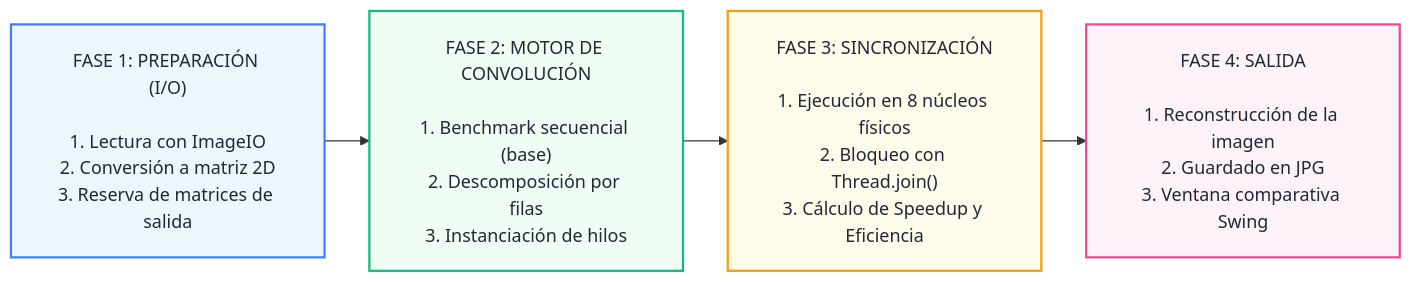
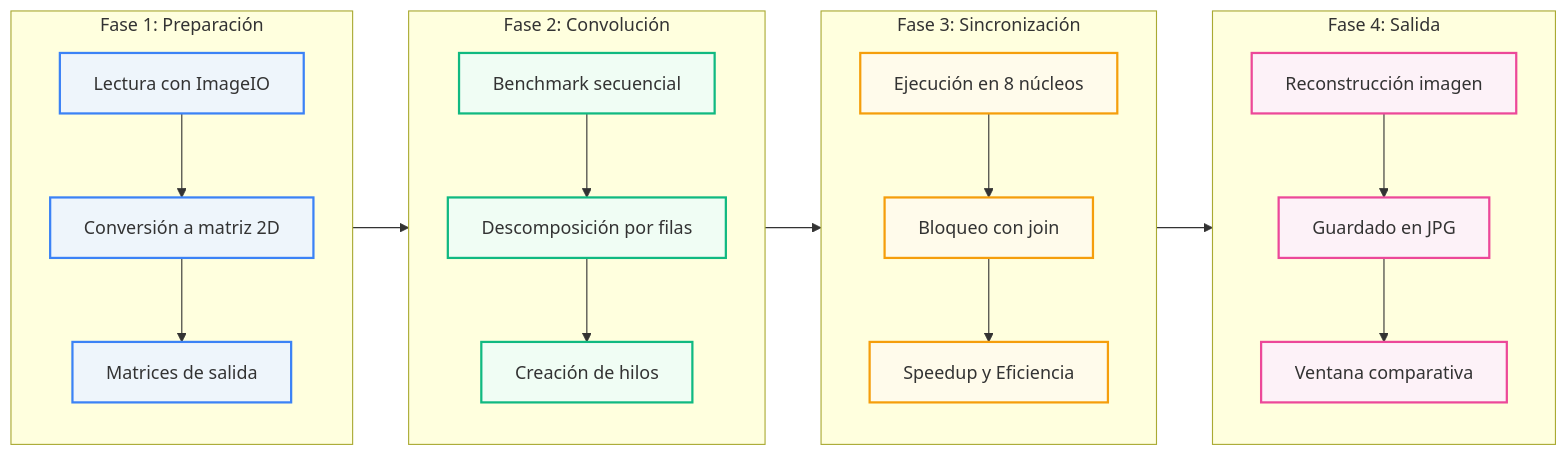
Before and after one commit to elsebasdev1/image_convolution_parallel_processing: the diagram in README.md, drawn with Mermaid.

````diff
--- a/README.md
+++ b/README.md
@@ -23,15 +23,49 @@
 ```mermaid
-%%{init: {"flowchart": {"htmlLabels": false, "padding": 20, "nodeSpacing": 40, "rankSpacing": 40}}}%%
 graph LR
-    A1["FASE 1: PREPARACIÓN (I/O)<br/><br/>1. Lectura con ImageIO<br/>2. Conversión a matriz 2D<br/>3. Reserva de matrices de salida"]
-    B1["FASE 2: MOTOR DE CONVOLUCIÓN<br/><br/>1. Benchmark secuencial (base)<br/>2. Descomposición por filas<br/>3. Instanciación de hilos"]
-    C1["FASE 3: SINCRONIZACIÓN<br/><br/>1. Ejecución en 8 núcleos físicos<br/>2. Bloqueo con Thread.join()<br/>3. Cálculo de Speedup y Eficiencia"]
-    D1["FASE 4: SALIDA<br/><br/>1. Reconstrucción de la imagen<br/>2. Guardado en JPG<br/>3. Ventana comparativa Swing"]
+    subgraph F1["Fase 1: Preparación"]
+        direction TB
+        A1["Lectura con ImageIO"]
+        A2["Conversión a matriz 2D"]
+        A3["Matrices de salida"]
+        A1 --> A2 --> A3
+    end
 
-    A1 --> B1 --> C1 --> D1
+    subgraph F2["Fase 2: Convolución"]
+        direction TB
+        B1["Benchmark secuencial"]
+        B2["Descomposición por filas"]
+        B3["Creación de hilos"]
+        B1 --> B2 --> B3
+    end
 
-    style A1 fill:#eef5fb,stroke:#3b82f6,stroke-width:2px,color:#1f2937
-    style B1 fill:#f0fdf4,stroke:#10b981,stroke-width:2px,color:#1f2937
-    style C1 fill:#fffbeb,stroke:#f59e0b,stroke-width:2px,color:#1f2937
-    style D1 fill:#fdf2f8,stroke:#ec4899,stroke-width:2px,color:#1f2937
+    subgraph F3["Fase 3: Sincronización"]
+        direction TB
+        C1["Ejecución en 8 núcleos"]
+        C2["Bloqueo con join"]
+        C3["Speedup y Eficiencia"]
+        C1 --> C2 --> C3
+    end
+
+    subgraph F4["Fase 4: Salida"]
+        direction TB
+        D1["Reconstrucción imagen"]
+        D2["Guardado en JPG"]
+        D3["Ventana comparativa"]
+        D1 --> D2 --> D3
+    end
+
+    F1 --> F2 --> F3 --> F4
+
+    style A1 fill:#eef5fb,stroke:#3b82f6,stroke-width:2px
+    style A2 fill:#eef5fb,stroke:#3b82f6,stroke-width:2px
+    style A3 fill:#eef5fb,stroke:#3b82f6,stroke-width:2px
+    style B1 fill:#f0fdf4,stroke:#10b981,stroke-width:2px
+    style B2 fill:#f0fdf4,stroke:#10b981,stroke-width:2px
+    style B3 fill:#f0fdf4,stroke:#10b981,stroke-width:2px
+    style C1 fill:#fffbeb,stroke:#f59e0b,stroke-width:2px
+    style C2 fill:#fffbeb,stroke:#f59e0b,stroke-width:2px
+    style C3 fill:#fffbeb,stroke:#f59e0b,stroke-width:2px
+    style D1 fill:#fdf2f8,stroke:#ec4899,stroke-width:2px
+    style D2 fill:#fdf2f8,stroke:#ec4899,stroke-width:2px
+    style D3 fill:#fdf2f8,stroke:#ec4899,stroke-width:2px
 ```
````
